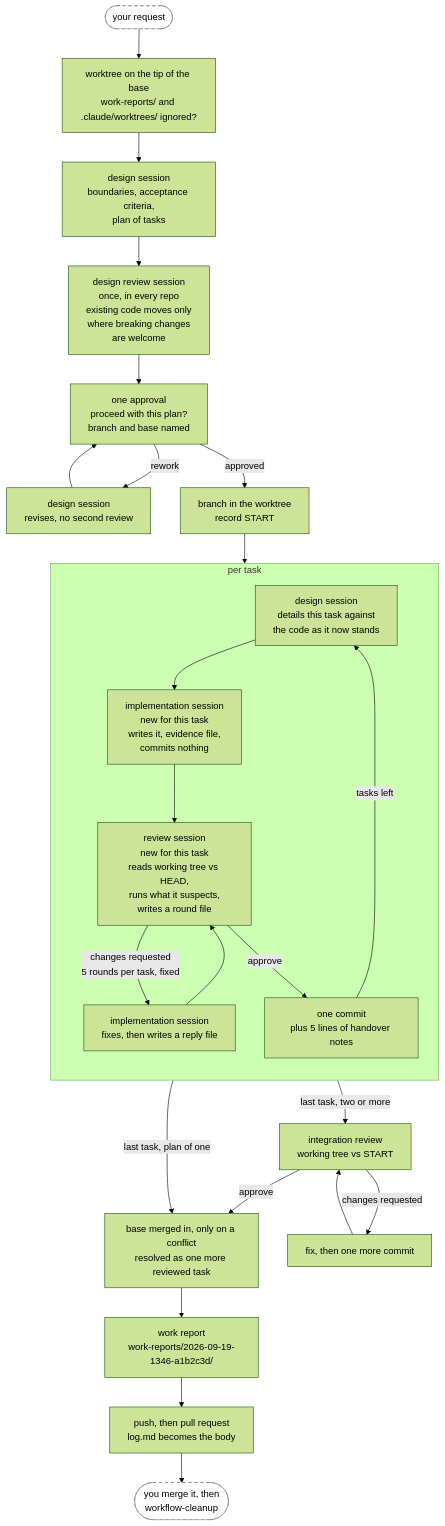
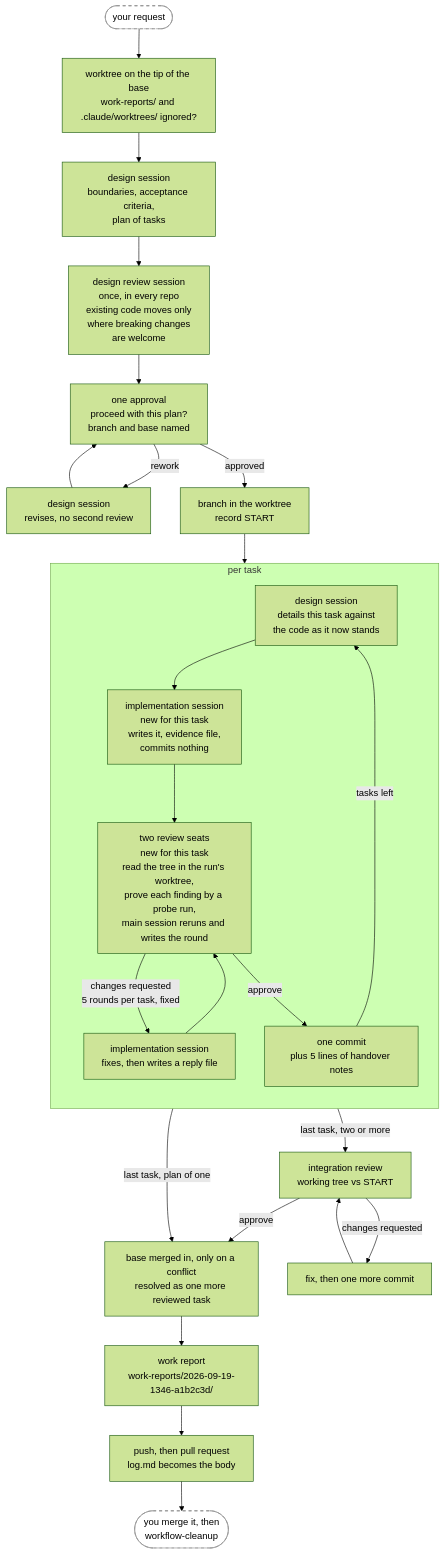
One commit to annetaan/claude-plugins changed the second of 4 diagrams in plugins/annetaan/README.md. Above: the diagram before and after it, drawn with Mermaid (forest theme). The commit also changed other lines of this file and 24 other files, not shown here.

Commit message:
feat: review each task with a panel of two seats that prove every finding by a run

````diff
--- a/plugins/annetaan/README.md
+++ b/plugins/annetaan/README.md
@@ -169,34 +170,34 @@
 ```mermaid
 flowchart TD
     req(["your request"]) --> wt["worktree on the tip of the base<br/>work-reports/ and .claude/worktrees/ ignored?"] --> design["design session<br/>boundaries, acceptance criteria,<br/>plan of tasks"]
     design --> dreview["design review session<br/>once, in every repo<br/>existing code moves only<br/>where breaking changes<br/>are welcome"] --> ask["one approval<br/>proceed with this plan?<br/>branch and base named"]
     ask -->|rework| redo["design session<br/>revises, no second review"] --> ask
     ask -->|approved| setup["branch in the worktree<br/>record START"]
     setup --> detail
 
     subgraph task["per task"]
         direction TB
         detail["design session<br/>details this task against<br/>the code as it now stands"]
         impl["implementation session<br/>new for this task<br/>writes it, evidence file,<br/>commits nothing"]
-        review["review session<br/>new for this task<br/>reads working tree vs HEAD,<br/>runs what it suspects,<br/>writes a round file"]
+        review["two review seats<br/>new for this task<br/>read the tree in the run's worktree,<br/>prove each finding by a probe run,<br/>main session reruns and writes the round"]
         respond["implementation session<br/>fixes, then writes a reply file"]
         commit["one commit<br/>plus 5 lines of handover notes"]
         detail --> impl --> review
         review -->|"changes requested<br/>5 rounds per task, fixed"| respond
         respond --> review
         review -->|approve| commit
         commit -->|tasks left| detail
     end
 
     commit -->|"last task, two or more"| integ["integration review<br/>working tree vs START"]
     commit -->|"last task, plan of one"| sync
     integ -->|changes requested| integfix["fix, then one more commit"]
     integfix --> integ
     integ -->|approve| sync["base merged in, only on a conflict<br/>resolved as one more reviewed task"]
     sync --> report["work report<br/>work-reports/2026-09-19-1346-a1b2c3d/"]
     report --> pr["push, then pull request<br/>log.md becomes the body"]
     pr --> clean(["you merge it, then<br/>workflow-cleanup"])
 
     classDef human fill:#fff,stroke:#888,stroke-dasharray: 5 5
     class req,clean human
 ```
````
